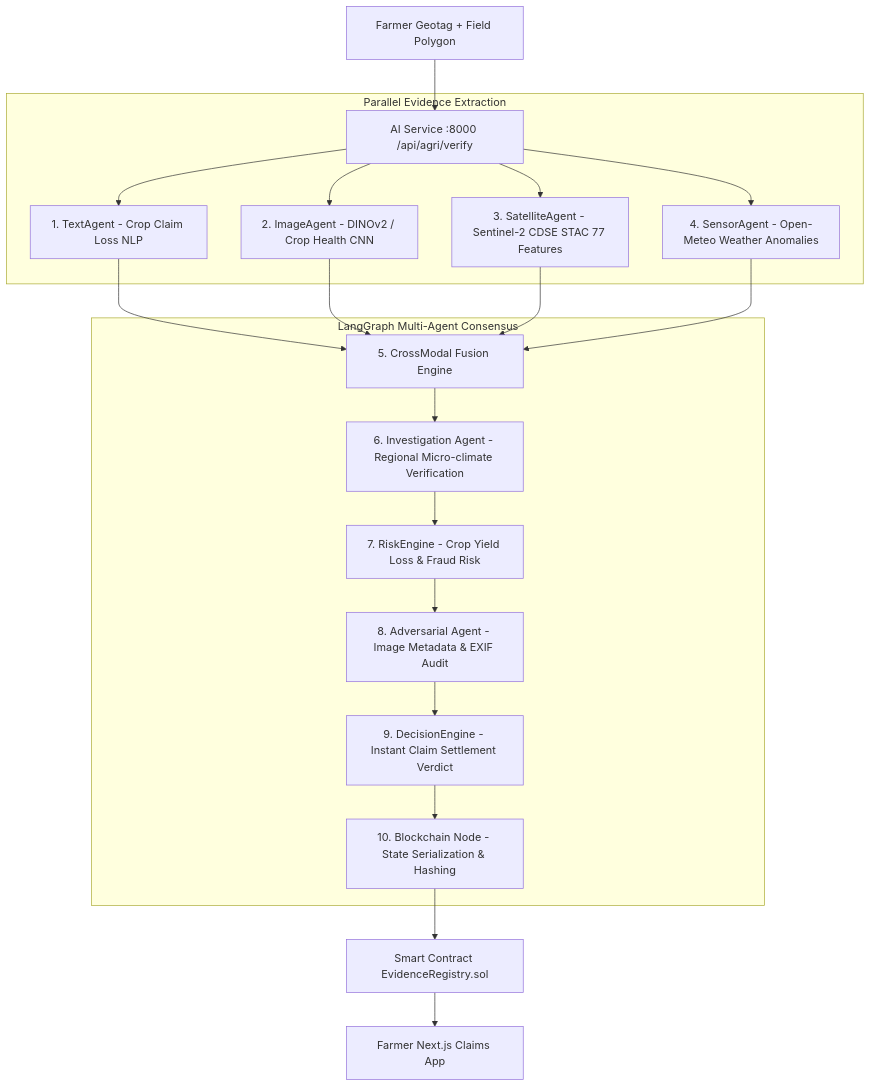
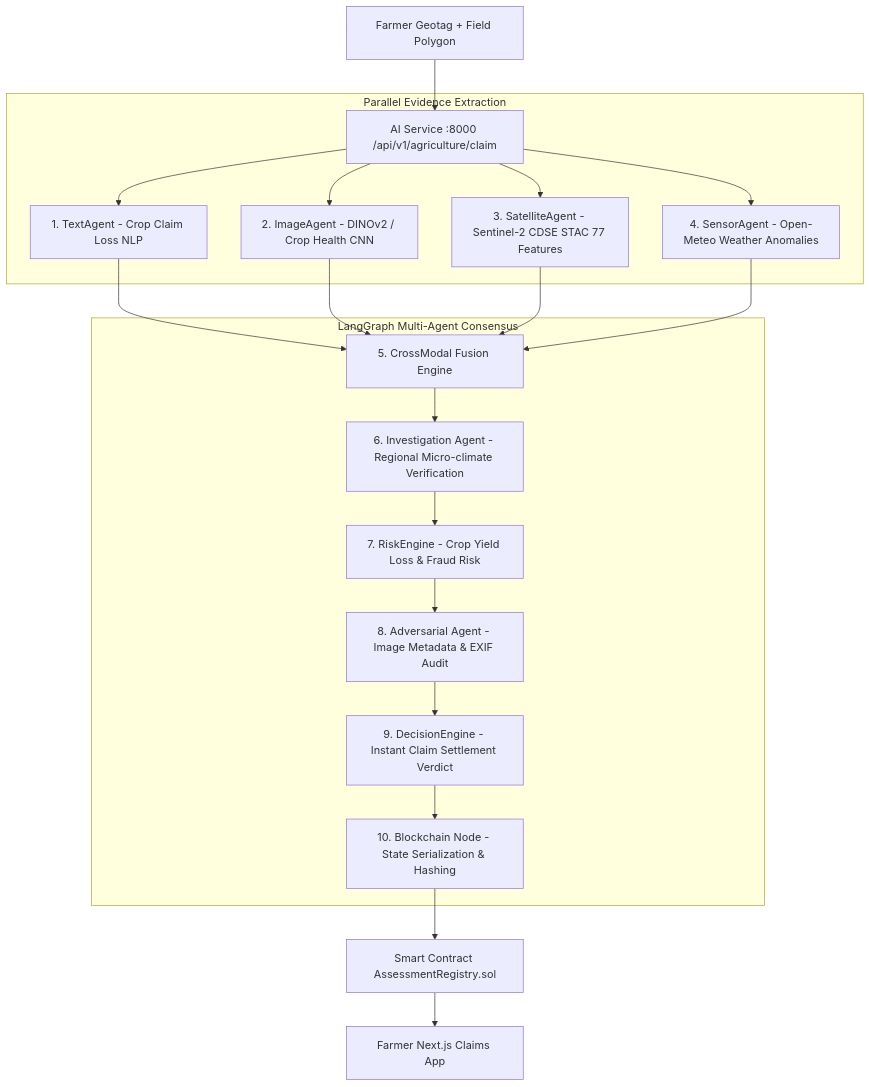
The second of 2 diagrams in README.md (kartik-kumar-pandey/TruthChain-2.0), drawn with Mermaid before and after one commit. The commit also changed other lines of this file and 1 other file, not shown here.

````diff
--- a/README.md
+++ b/README.md
@@ -90,23 +91,23 @@
 ```mermaid
 flowchart TB
-    F1[Farmer Geotag + Field Polygon] --> API[AI Service :8000 /api/agri/verify]
+    F1[Farmer Geotag + Field Polygon] --> API[AI Service :8000 /api/v1/agriculture/claim]
     
     subgraph Parallel Evidence Extraction
         API --> A1[1. TextAgent - Crop Claim Loss NLP]
         API --> A2[2. ImageAgent - DINOv2 / Crop Health CNN]
         API --> A3[3. SatelliteAgent - Sentinel-2 CDSE STAC 77 Features]
         API --> A4[4. SensorAgent - Open-Meteo Weather Anomalies]
     end
 
     subgraph LangGraph Multi-Agent Consensus
         A1 & A2 & A3 & A4 --> A5[5. CrossModal Fusion Engine]
         A5 --> A6[6. Investigation Agent - Regional Micro-climate Verification]
         A6 --> A7[7. RiskEngine - Crop Yield Loss & Fraud Risk]
         A7 --> A8[8. Adversarial Agent - Image Metadata & EXIF Audit]
         A8 --> A9[9. DecisionEngine - Instant Claim Settlement Verdict]
         A9 --> A10[10. Blockchain Node - State Serialization & Hashing]
     end
 
-    A10 --> BC[Smart Contract EvidenceRegistry.sol]
+    A10 --> BC[Smart Contract AssessmentRegistry.sol]
     BC --> UI[Farmer Next.js Claims App]
 ```
````
